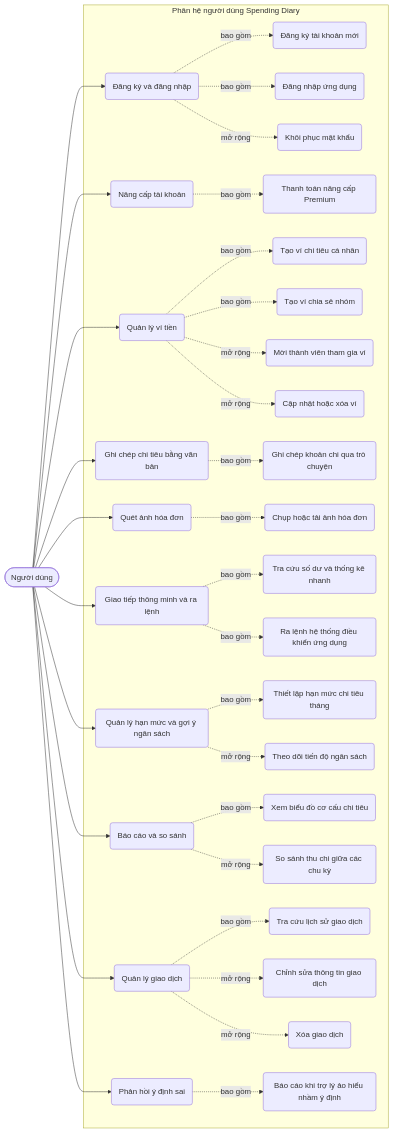
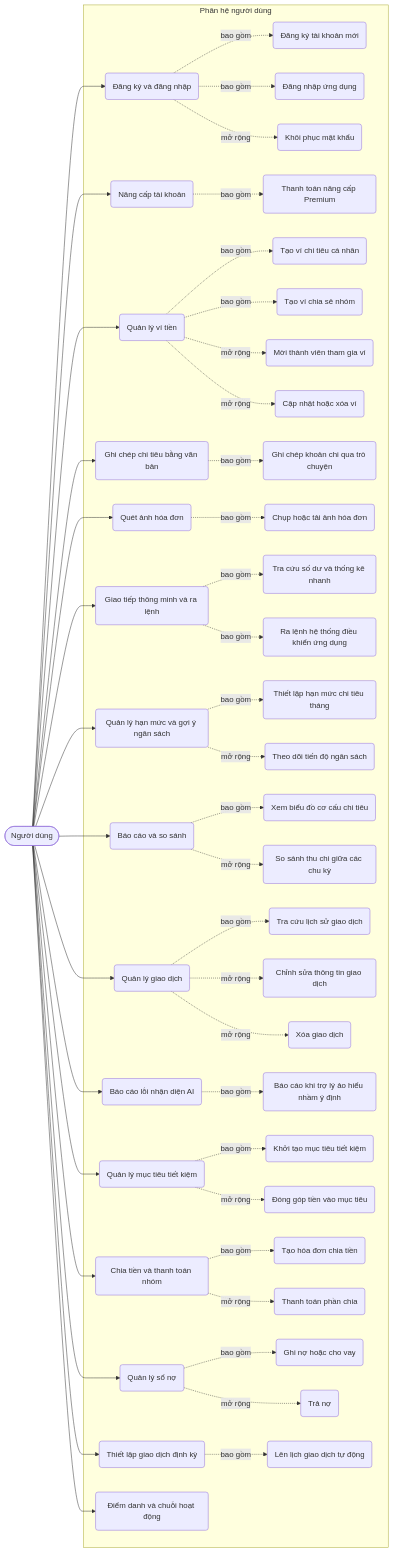
Before and after one commit to maikhang160504/spending-diary: the third of 28 diagrams in Luan_van_Hoan_chinh.md, drawn with Mermaid. The commit also changed other lines of this file and 72 other files, not shown here.

````diff
--- a/Luan_van_Hoan_chinh.md
+++ b/Luan_van_Hoan_chinh.md
@@ -301,7 +308,7 @@
 flowchart LR
     User([Người dùng])
 
-    subgraph Phân hệ người dùng Spending Diary
+    subgraph Phân hệ người dùng
         UC1(Đăng ký và đăng nhập)
         UC1_1(Đăng ký tài khoản mới)
         UC1_2(Đăng nhập ứng dụng)
@@ -334,13 +341,30 @@
         UC8_1(Xem biểu đồ cơ cấu chi tiêu)
         UC8_2(So sánh thu chi giữa các chu kỳ)
 
-        UC14(Quản lý giao dịch)
-        UC14_1(Tra cứu lịch sử giao dịch)
-        UC14_2(Chỉnh sửa thông tin giao dịch)
-        UC14_3(Xóa giao dịch)
+        UC9(Quản lý giao dịch)
+        UC9_1(Tra cứu lịch sử giao dịch)
+        UC9_2(Chỉnh sửa thông tin giao dịch)
+        UC9_3(Xóa giao dịch)
 
-        UC19(Phản hồi ý định sai)
-        UC19_1(Báo cáo khi trợ lý ảo hiểu nhầm ý định)
+        UC10(Báo cáo lỗi nhận diện AI)
+        UC10_1(Báo cáo khi trợ lý ảo hiểu nhầm ý định)
+
+        UC11(Quản lý mục tiêu tiết kiệm)
+        UC11_1(Khởi tạo mục tiêu tiết kiệm)
+        UC11_2(Đóng góp tiền vào mục tiêu)
+
+        UC12(Chia tiền và thanh toán nhóm)
+        UC12_1(Tạo hóa đơn chia tiền)
+        UC12_2(Thanh toán phần chia)
+
+        UC13(Quản lý sổ nợ)
+        UC13_1(Ghi nợ hoặc cho vay)
+        UC13_2(Trả nợ)
+
+        UC14(Thiết lập giao dịch định kỳ)
+        UC14_1(Lên lịch giao dịch tự động)
+        
+        UC15(Điểm danh và chuỗi hoạt động)
     end
 
     User --> UC1
@@ -351,8 +375,13 @@
     User --> UC6
     User --> UC7
     User --> UC8
+    User --> UC9
+    User --> UC10
+    User --> UC11
+    User --> UC12
+    User --> UC13
     User --> UC14
-    User --> UC19
+    User --> UC15
 
     UC1 -. bao gồm .-> UC1_1
     UC1 -. bao gồm .-> UC1_2
@@ -378,9 +407,21 @@
     UC8 -. bao gồm .-> UC8_1
     UC8 -. mở rộng .-> UC8_2
 
+    UC9 -. bao gồm .-> UC9_1
+    UC9 -. mở rộng .-> UC9_2
+    UC9 -. mở rộng .-> UC9_3
+
+    UC10 -. bao gồm .-> UC10_1
+
+    UC11 -. bao gồm .-> UC11_1
+    UC11 -. mở rộng .-> UC11_2
+
+    UC12 -. bao gồm .-> UC12_1
+    UC12 -. mở rộng .-> UC12_2
+
+    UC13 -. bao gồm .-> UC13_1
+    UC13 -. mở rộng .-> UC13_2
+
     UC14 -. bao gồm .-> UC14_1
-    UC14 -. mở rộng .-> UC14_2
-    UC14 -. mở rộng .-> UC14_3
 
-    UC19 -. bao gồm .-> UC19_1
 ```
````
